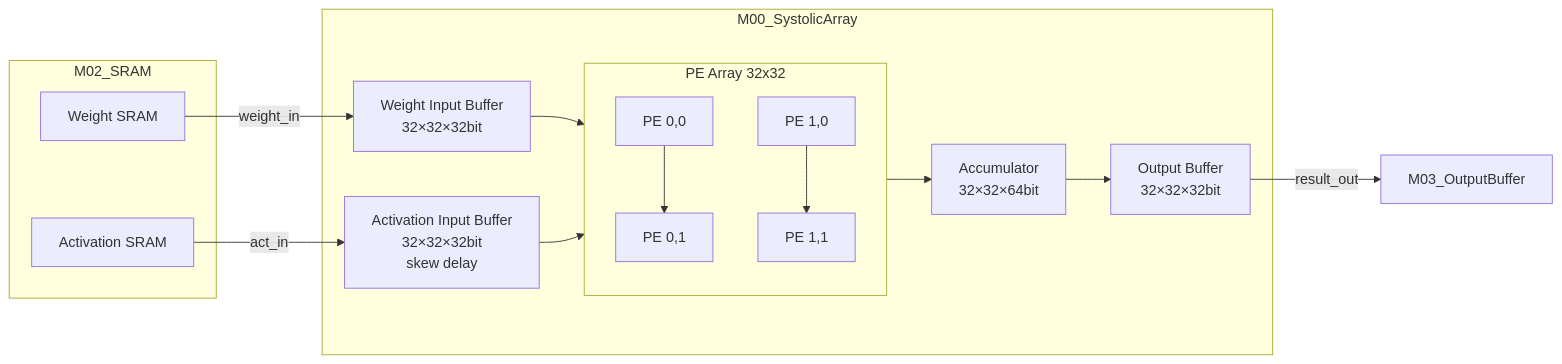
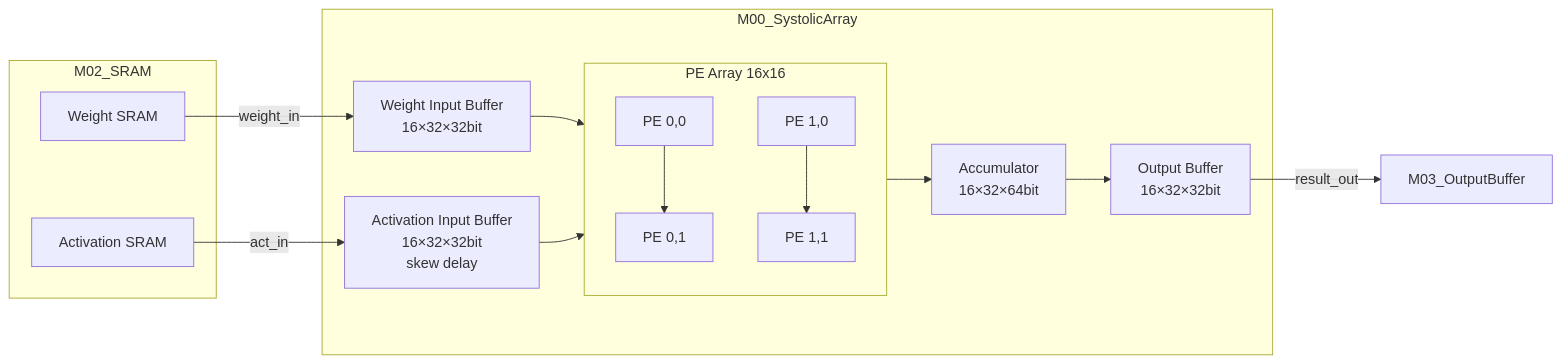
Before and after one commit to amoslee2026/Babel: the diagram in spec/MAS/M00_SystolicArray/datapath.md, drawn with Mermaid. The commit also changed other lines of this file and 420 other files, not shown here.

First line of the commit message:
feat: Babel harness v2 — 5-agent architecture + bb-* skills + RTL designs

````diff
--- a/spec/MAS/M00_SystolicArray/datapath.md
+++ b/spec/MAS/M00_SystolicArray/datapath.md
@@ -13,26 +13,26 @@
 ```mermaid
 graph LR
     subgraph M02_SRAM
         W_MEM[Weight SRAM]
         A_MEM[Activation SRAM]
     end
 
     subgraph M00_SystolicArray
-        WIB[Weight Input Buffer\n32×32×32bit]
-        AIB[Activation Input Buffer\n32×32×32bit\nskew delay]
-        subgraph PE_ARRAY[PE Array 32x32]
+        WIB[Weight Input Buffer\n16×32×32bit]
+        AIB[Activation Input Buffer\n16×32×32bit\nskew delay]
+        subgraph PE_ARRAY[PE Array 16x16]
             PE00[PE 0,0] --> PE01[PE 0,1]
             PE10[PE 1,0] --> PE11[PE 1,1]
         end
-        ACC[Accumulator\n32×32×64bit]
-        OB[Output Buffer\n32×32×32bit]
+        ACC[Accumulator\n16×32×64bit]
+        OB[Output Buffer\n16×32×32bit]
     end
 
     W_MEM -->|weight_in| WIB
     A_MEM -->|act_in| AIB
     WIB --> PE_ARRAY
     AIB --> PE_ARRAY
     PE_ARRAY --> ACC
     ACC --> OB
     OB -->|result_out| M03[M03_OutputBuffer]
 ```
````
